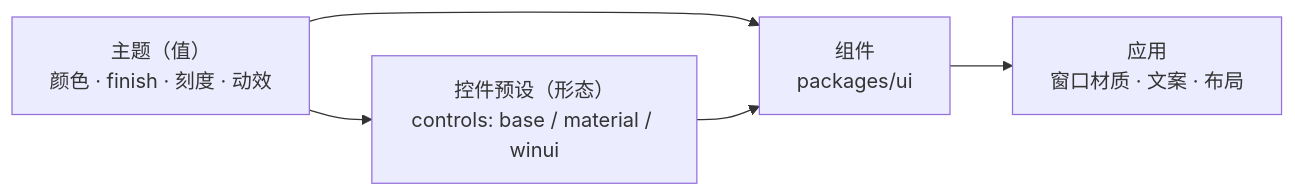
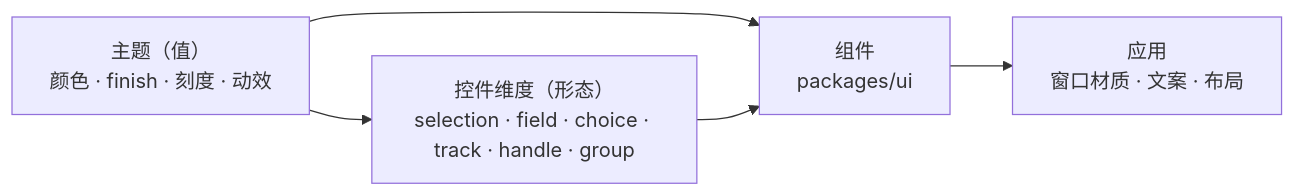
One commit to 7u4/shadcn-nsh changed the diagram in docs/theme-design.md. Above: the diagram before and after it, drawn with Mermaid. The commit also changed other lines of this file and 61 other files, not shown here.

````diff
--- a/docs/theme-design.md
+++ b/docs/theme-design.md
@@ -24,7 +24,7 @@
 ```mermaid
 flowchart LR
-  T["主题（值）<br/>颜色 · finish · 刻度 · 动效"] --> P["控件预设（形态）<br/>controls: base / material / winui"]
+  T["主题（值）<br/>颜色 · finish · 刻度 · 动效"] --> P["控件维度（形态）<br/>selection · field · choice · track · handle · group"]
   T --> C["组件<br/>packages/ui"]
   P --> C
   C --> A["应用<br/>窗口材质 · 文案 · 布局"]
 ```
````
